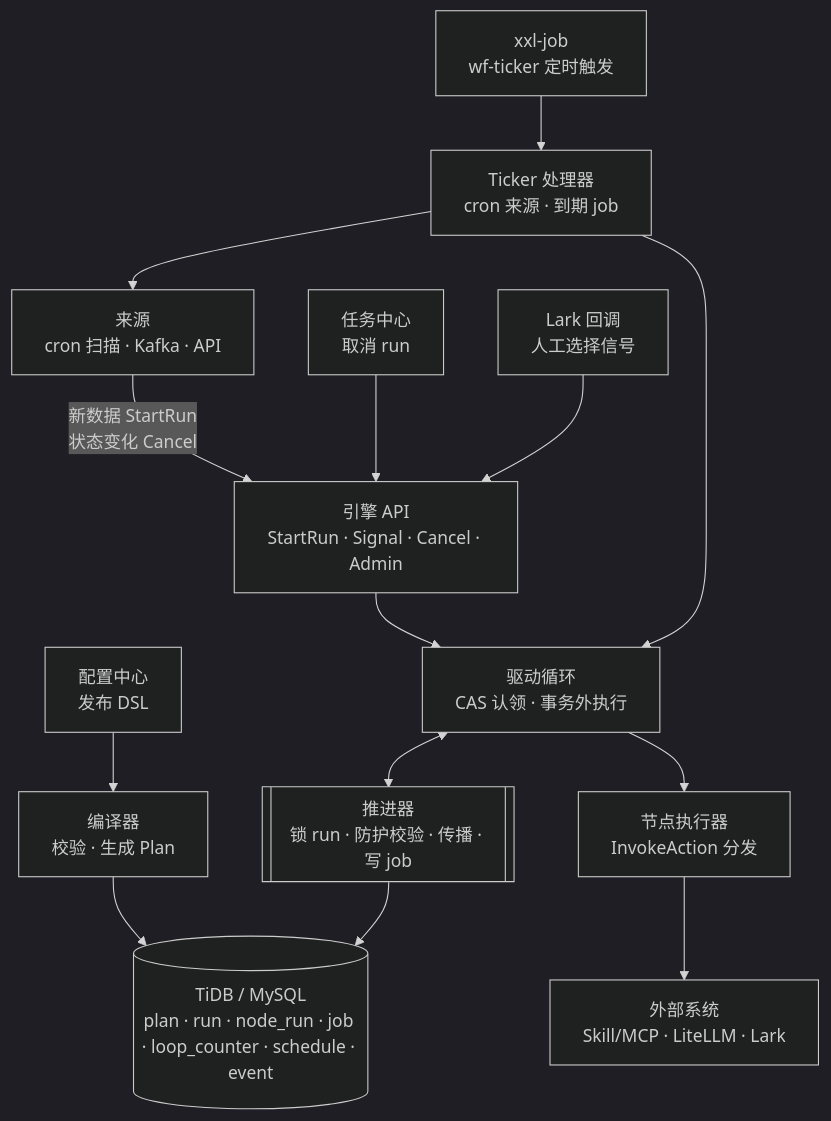
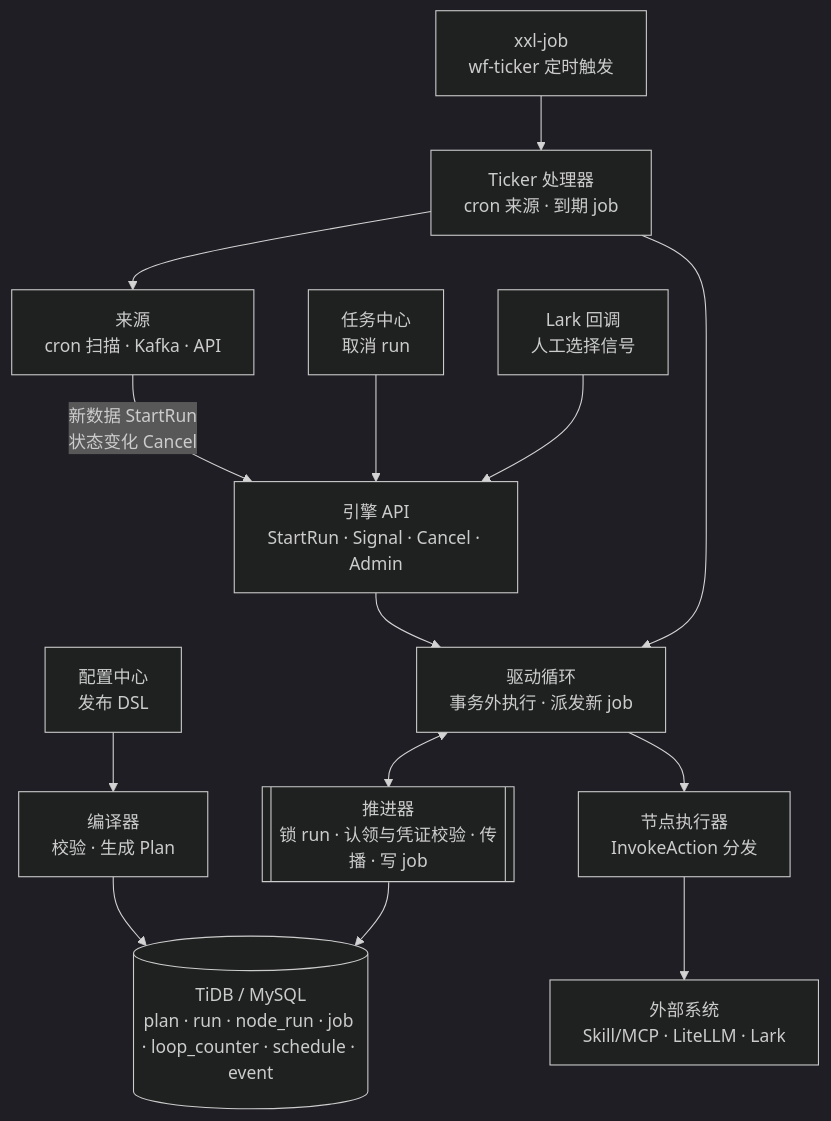
Before and after one commit to alex2025-sh/ai-workbench: the diagram in docs/workflow-engine.md, drawn with Mermaid (dark theme). The commit also changed other lines of this file and 24 other files, not shown here.

````diff
--- a/docs/workflow-engine.md
+++ b/docs/workflow-engine.md
@@ -47,16 +47,16 @@
 ```mermaid
 flowchart TB
     Cfg[配置中心<br/>发布 DSL] --> Comp[编译器<br/>校验 · 生成 Plan]
     Src[来源<br/>cron 扫描 · Kafka · API] -->|新数据 StartRun<br/>状态变化 Cancel| API[引擎 API<br/>StartRun · Signal · Cancel · Admin]
     TaskC[任务中心<br/>取消 run] --> API
     LarkCB[Lark 回调<br/>人工选择信号] --> API
     XXL[xxl-job<br/>wf-ticker 定时触发] --> Tick[Ticker 处理器<br/>cron 来源 · 到期 job]
     Tick --> Src
-    API --> Drive[驱动循环<br/>CAS 认领 · 事务外执行]
+    API --> Drive[驱动循环<br/>事务外执行 · 派发新 job]
     Tick --> Drive
-    Drive <--> Adv[[推进器<br/>锁 run · 防护校验 · 传播 · 写 job]]
+    Drive <--> Adv[[推进器<br/>锁 run · 认领与凭证校验 · 传播 · 写 job]]
     Drive --> Exec[节点执行器<br/>InvokeAction 分发]
     Exec --> Ext[外部系统<br/>Skill/MCP · LiteLLM · Lark]
     Comp --> DB[(TiDB / MySQL<br/>plan · run · node_run · job · loop_counter · schedule · event)]
     Adv --> DB
 ```
````
